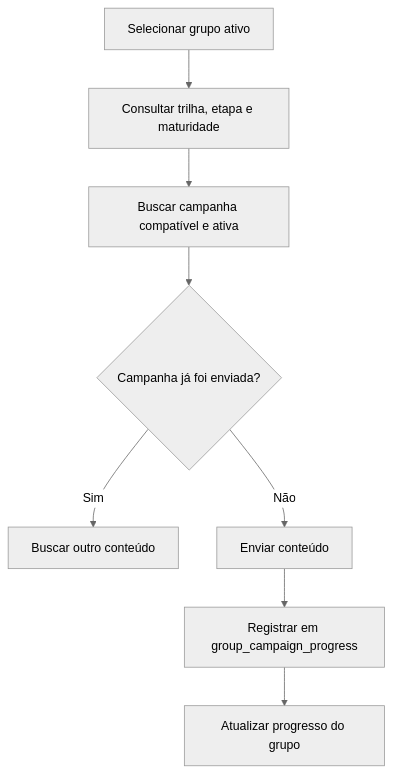
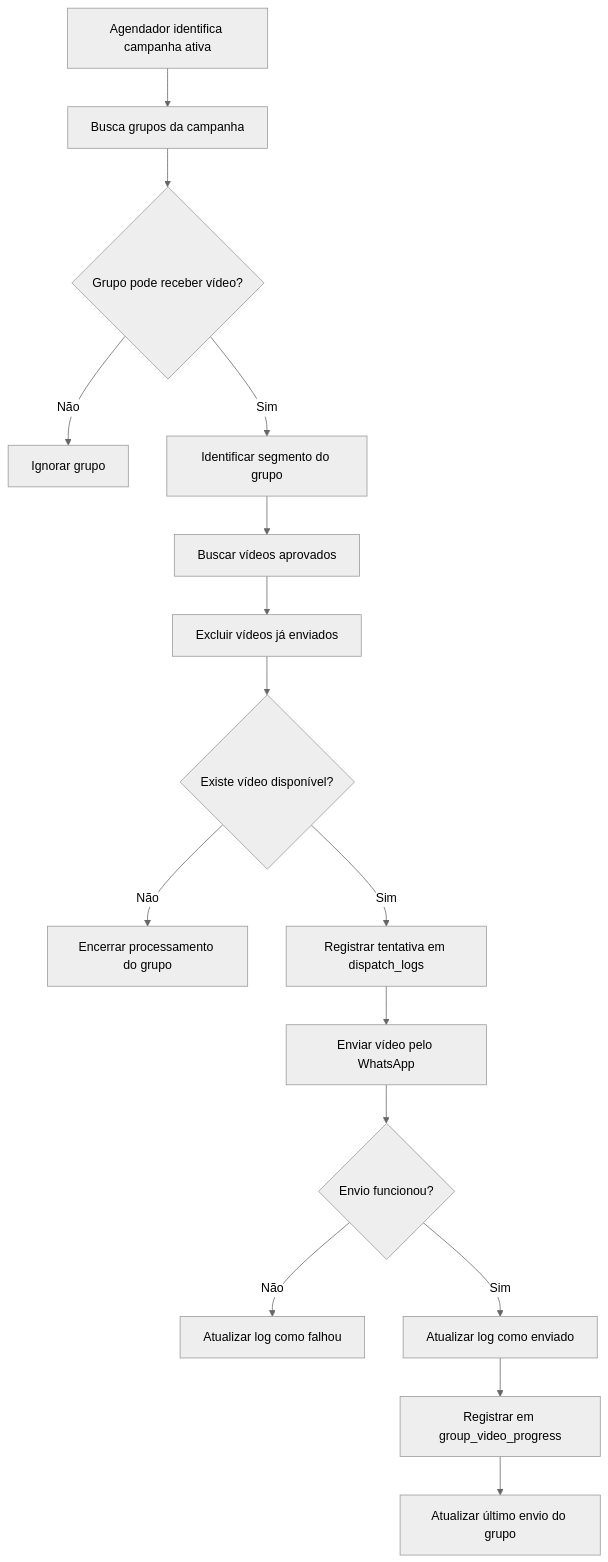
One commit to LightGu/estimulo-project changed the second of 2 diagrams in docs/documentacao_banco.md. Above: the diagram before and after it, drawn with Mermaid (neutral theme). The commit also changed other lines of this file, not shown here.

Commit message:
docs: atualizacao documentacao banco de dados e mudanca mermaid

````diff
--- a/docs/documentacao_banco.md
+++ b/docs/documentacao_banco.md
@@ -418,10 +445,18 @@
 ```mermaid
 flowchart TD
-    A[Selecionar grupo ativo] --> B[Consultar trilha, etapa e maturidade]
-    B --> C[Buscar campanha compatível e ativa]
-    C --> D{Campanha já foi enviada?}
-    D -- Sim --> E[Buscar outro conteúdo]
-    D -- Não --> F[Enviar conteúdo]
-    F --> G[Registrar em group_campaign_progress]
-    G --> H[Atualizar progresso do grupo]
+    A[Agendador identifica campanha ativa] --> B[Busca grupos da campanha]
+    B --> C{Grupo pode receber vídeo?}
+    C -- Não --> D[Ignorar grupo]
+    C -- Sim --> E[Identificar segmento do grupo]
+    E --> F[Buscar vídeos aprovados]
+    F --> G[Excluir vídeos já enviados]
+    G --> H{Existe vídeo disponível?}
+    H -- Não --> I[Encerrar processamento do grupo]
+    H -- Sim --> J[Registrar tentativa em dispatch_logs]
+    J --> K[Enviar vídeo pelo WhatsApp]
+    K --> L{Envio funcionou?}
+    L -- Não --> M[Atualizar log como falhou]
+    L -- Sim --> N[Atualizar log como enviado]
+    N --> O[Registrar em group_video_progress]
+    O --> P[Atualizar último envio do grupo]
 ```
````
